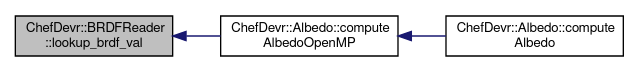
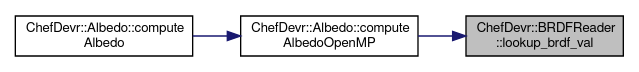
The diagram in docs/class_chef_devr_1_1_b_r_d_f_reader_ad378cbc9336d69b8c7c4fa4821c8c6c5_icgraph.dot (bsella/BRDF3000), drawn with Graphviz before and after one commit. The commit also changed 236 other files, not shown here.

```diff
--- a/docs/class_chef_devr_1_1_b_r_d_f_reader_ad378cbc9336d69b8c7c4fa4821c8c6c5_icgraph.dot
+++ b/docs/class_chef_devr_1_1_b_r_d_f_reader_ad378cbc9336d69b8c7c4fa4821c8c6c5_icgraph.dot
@@ -1,11 +1,12 @@
 digraph "ChefDevr::BRDFReader::lookup_brdf_val"
 {
+ // LATEX_PDF_SIZE
   edge [fontname="FreeSans",fontsize="10",labelfontname="FreeSans",labelfontsize="10"];
   node [fontname="FreeSans",fontsize="10",shape=record];
-  rankdir="LR";
-  Node1 [label="ChefDevr::BRDFReader\l::lookup_brdf_val",height=0.2,width=0.4,color="black", fillcolor="grey75", style="filled", fontcolor="black"];
-  Node1 -> Node2 [dir="back",color="midnightblue",fontsize="10",style="solid",fontname="FreeSans"];
-  Node2 [label="ChefDevr::Albedo::compute\lAlbedoOpenMP",height=0.2,width=0.4,color="black", fillcolor="white", style="filled",URL="$class_chef_devr_1_1_albedo.html#a66531044b3cb64f15c2fb3597ae31668",tooltip="Computes the albedo of a BRDF in parallel with OpenMP. "];
-  Node2 -> Node3 [dir="back",color="midnightblue",fontsize="10",style="solid",fontname="FreeSans"];
-  Node3 [label="ChefDevr::Albedo::compute\lAlbedo",height=0.2,width=0.4,color="black", fillcolor="white", style="filled",URL="$class_chef_devr_1_1_albedo.html#acbd6130df193787003bd6528406761fc",tooltip="Computes the albedo of a BRDF. "];
+  rankdir="RL";
+  Node14 [label="ChefDevr::BRDFReader\l::lookup_brdf_val",height=0.2,width=0.4,color="black", fillcolor="grey75", style="filled", fontcolor="black",tooltip="Extracts a color in a BRDF from a pair of incoming and outgoing angles."];
+  Node14 -> Node15 [dir="back",color="midnightblue",fontsize="10",style="solid",fontname="FreeSans"];
+  Node15 [label="ChefDevr::Albedo::compute\lAlbedoOpenMP",height=0.2,width=0.4,color="black", fillcolor="white", style="filled",URL="$class_chef_devr_1_1_albedo.html#a66531044b3cb64f15c2fb3597ae31668",tooltip="Computes the albedo of a BRDF in parallel with OpenMP."];
+  Node15 -> Node16 [dir="back",color="midnightblue",fontsize="10",style="solid",fontname="FreeSans"];
+  Node16 [label="ChefDevr::Albedo::compute\lAlbedo",height=0.2,width=0.4,color="black", fillcolor="white", style="filled",URL="$class_chef_devr_1_1_albedo.html#acbd6130df193787003bd6528406761fc",tooltip="Computes the albedo of a BRDF."];
 }
```
